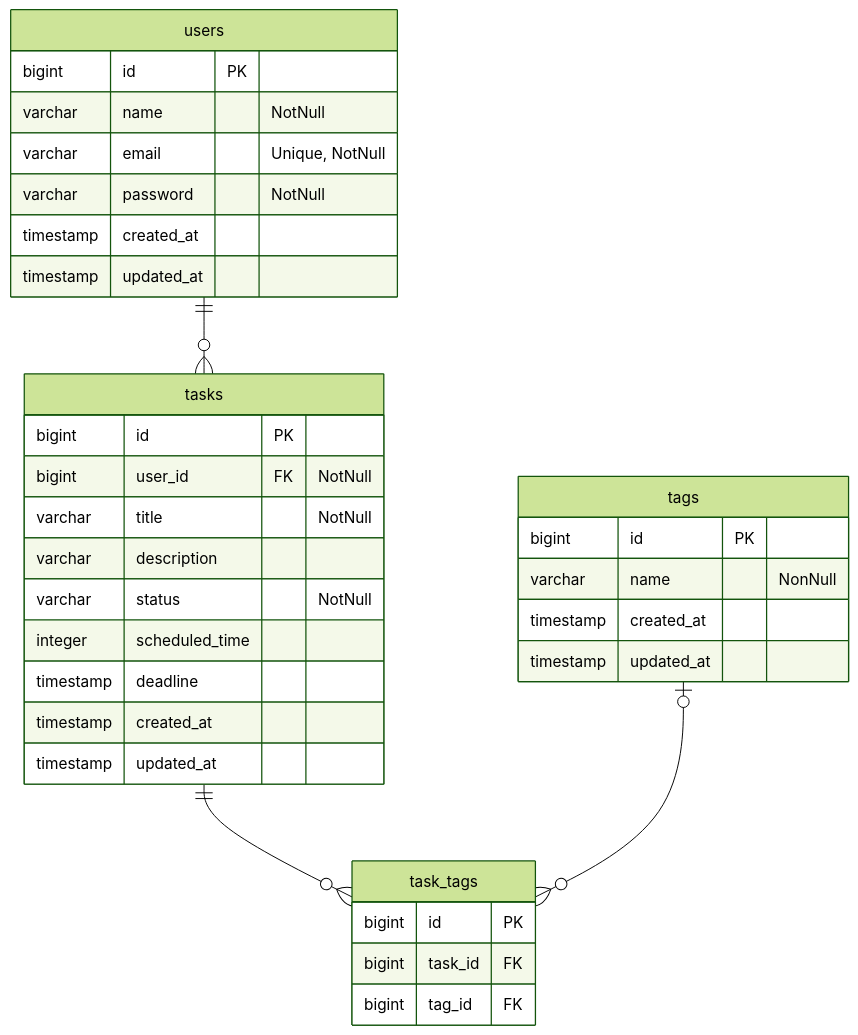
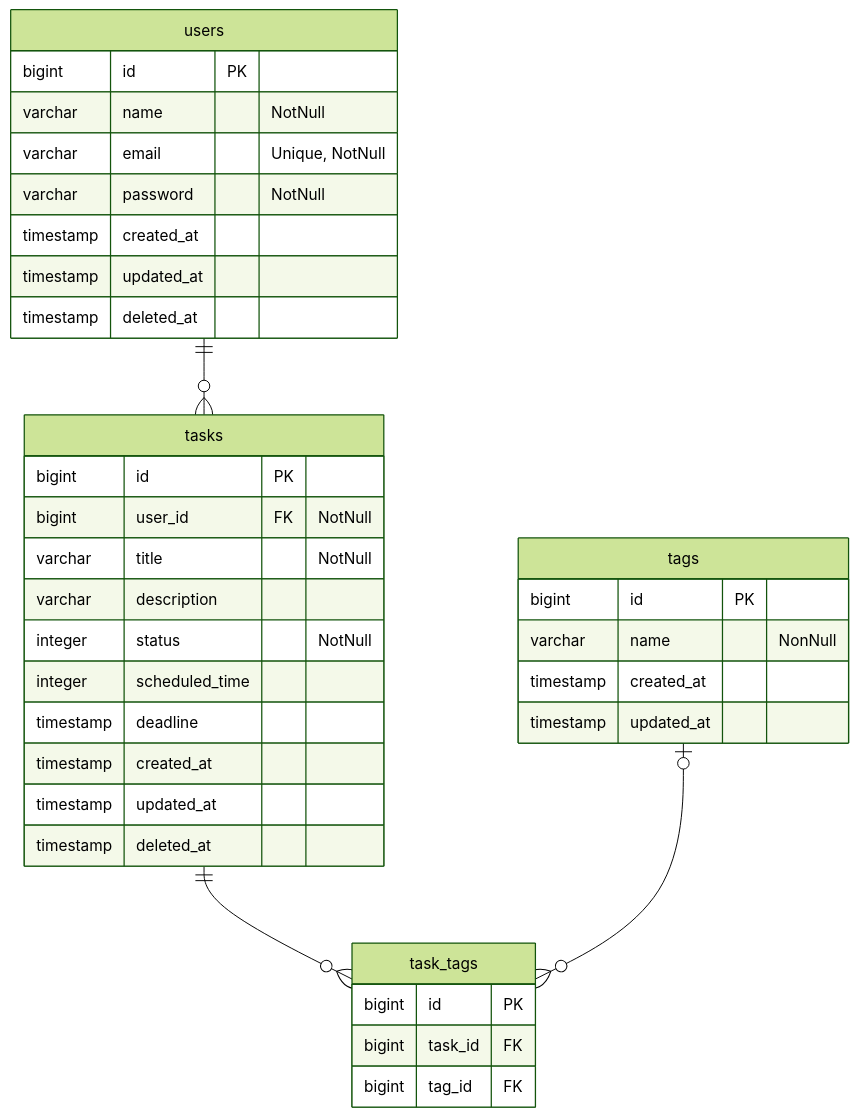
One commit to kanorix/task_management_app changed the diagram in er.md. Above: the diagram before and after it, drawn with Mermaid (forest theme).

Commit message:
:pencil2: ER図更新

````diff
--- a/er.md
+++ b/er.md
@@ -3,42 +3,44 @@
 ```mermaid
 
 erDiagram
   tasks {
     bigint id PK
     bigint user_id FK "NotNull"
     varchar title "NotNull"
     varchar description
-    varchar status "NotNull"
+    integer status "NotNull"
     integer scheduled_time
     timestamp deadline
     timestamp created_at
     timestamp updated_at
+    timestamp deleted_at
   }
 
   users {
     bigint id PK
     varchar name "NotNull"
     varchar email "Unique, NotNull"
     varchar password "NotNull"
     timestamp created_at
     timestamp updated_at
+    timestamp deleted_at
   }
 
   tags {
     bigint id PK
     varchar name "NonNull"
     timestamp created_at
     timestamp updated_at
   }
 
   task_tags {
     bigint id PK
     bigint task_id FK
     bigint tag_id FK
   }
 
   users ||--o{ tasks : ""
   tasks ||--o{ task_tags : ""
   tags |o--o{ task_tags : ""
 
 ```
````
